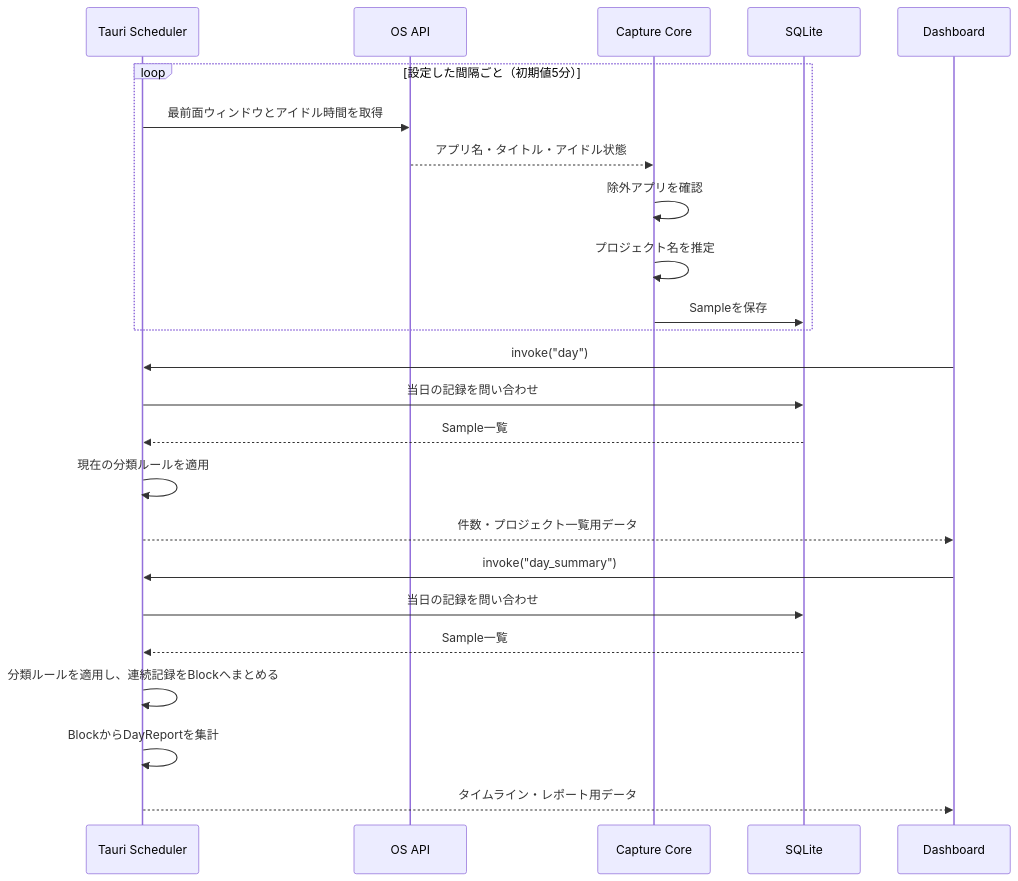
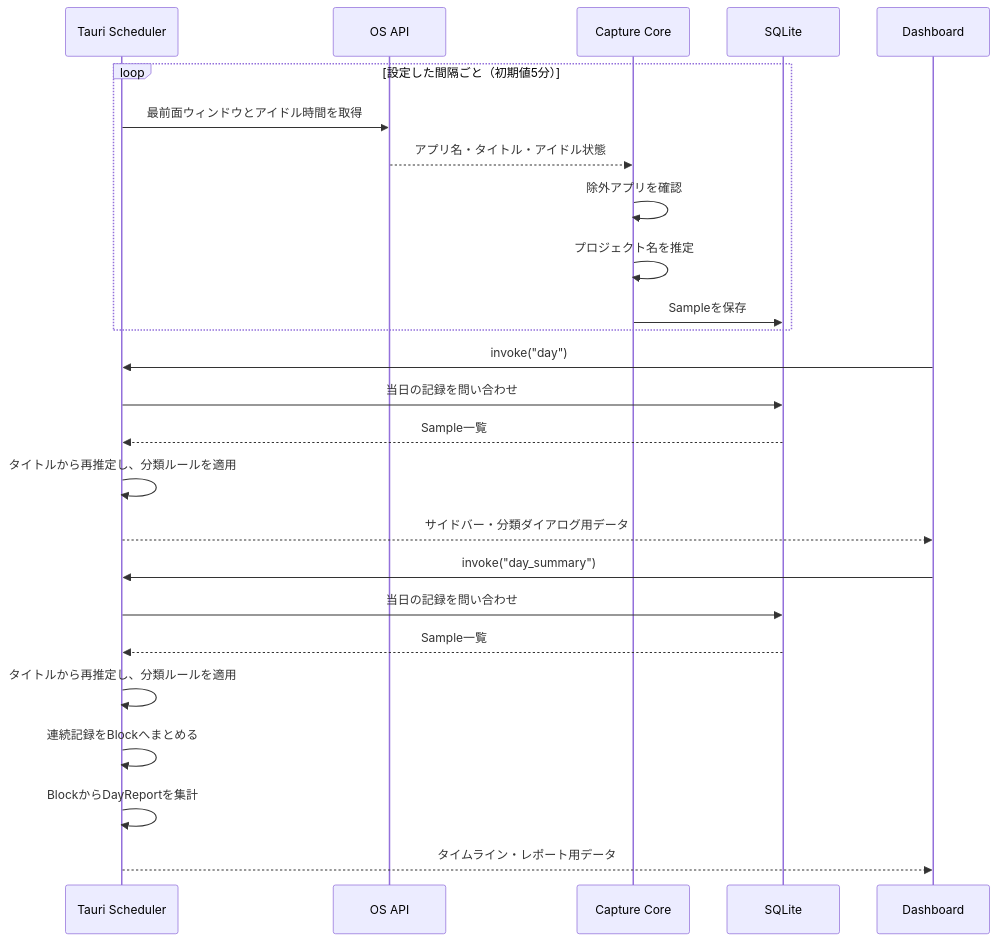
Before and after one commit to yuta-sato-dev/worklog: the second of 6 diagrams in ARCHITECTURE.md, drawn with Mermaid. The commit also changed other lines of this file and 22 other files, not shown here.

````diff
--- a/ARCHITECTURE.md
+++ b/ARCHITECTURE.md
@@ -43,29 +50,30 @@
 ```mermaid
 sequenceDiagram
     participant Scheduler as Tauri Scheduler
     participant OS as OS API
     participant Core as Capture Core
     participant Store as SQLite
     participant UI as Dashboard
 
     loop 設定した間隔ごと（初期値5分）
         Scheduler->>OS: 最前面ウィンドウとアイドル時間を取得
         OS-->>Core: アプリ名・タイトル・アイドル状態
         Core->>Core: 除外アプリを確認
         Core->>Core: プロジェクト名を推定
         Core->>Store: Sampleを保存
     end
 
     UI->>Scheduler: invoke("day")
     Scheduler->>Store: 当日の記録を問い合わせ
     Store-->>Scheduler: Sample一覧
-    Scheduler->>Scheduler: 現在の分類ルールを適用
-    Scheduler-->>UI: 件数・プロジェクト一覧用データ
+    Scheduler->>Scheduler: タイトルから再推定し、分類ルールを適用
+    Scheduler-->>UI: サイドバー・分類ダイアログ用データ
 
     UI->>Scheduler: invoke("day_summary")
     Scheduler->>Store: 当日の記録を問い合わせ
     Store-->>Scheduler: Sample一覧
-    Scheduler->>Scheduler: 分類ルールを適用し、連続記録をBlockへまとめる
+    Scheduler->>Scheduler: タイトルから再推定し、分類ルールを適用
+    Scheduler->>Scheduler: 連続記録をBlockへまとめる
     Scheduler->>Scheduler: BlockからDayReportを集計
     Scheduler-->>UI: タイムライン・レポート用データ
 ```
````
